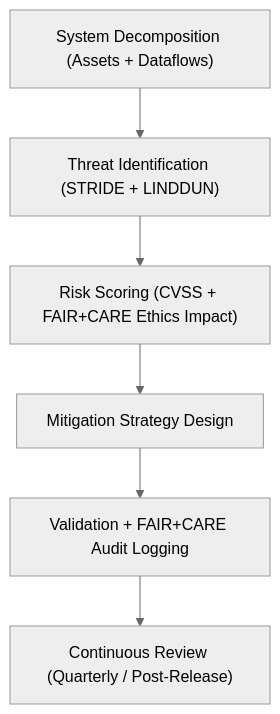
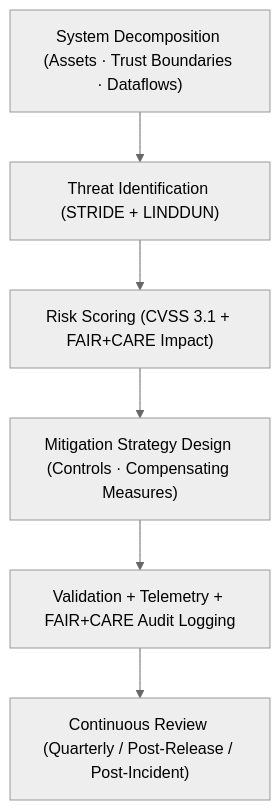
One commit to bartytime4life/Kansas-Frontier-Matrix changed the diagram in docs/security/threat-model.md. Above: the diagram before and after it, drawn with Mermaid (neutral theme). The commit also changed other lines of this file, not shown here.

First line of the commit message:
Update threat model to version 10.2.4

````diff
--- a/docs/security/threat-model.md
+++ b/docs/security/threat-model.md
@@ -57,8 +64,8 @@
 ```mermaid
 flowchart TD
-  A["System Decomposition (Assets + Dataflows)"] --> B["Threat Identification (STRIDE + LINDDUN)"]
-  B --> C["Risk Scoring (CVSS + FAIR+CARE Ethics Impact)"]
-  C --> D["Mitigation Strategy Design"]
-  D --> E["Validation + FAIR+CARE Audit Logging"]
-  E --> F["Continuous Review (Quarterly / Post-Release)"]
+  A["System Decomposition (Assets · Trust Boundaries · Dataflows)"] --> B["Threat Identification (STRIDE + LINDDUN)"]
+  B --> C["Risk Scoring (CVSS 3.1 + FAIR+CARE Impact)"]
+  C --> D["Mitigation Strategy Design (Controls · Compensating Measures)"]
+  D --> E["Validation + Telemetry + FAIR+CARE Audit Logging"]
+  E --> F["Continuous Review (Quarterly / Post-Release / Post-Incident)"]
 ```
````
